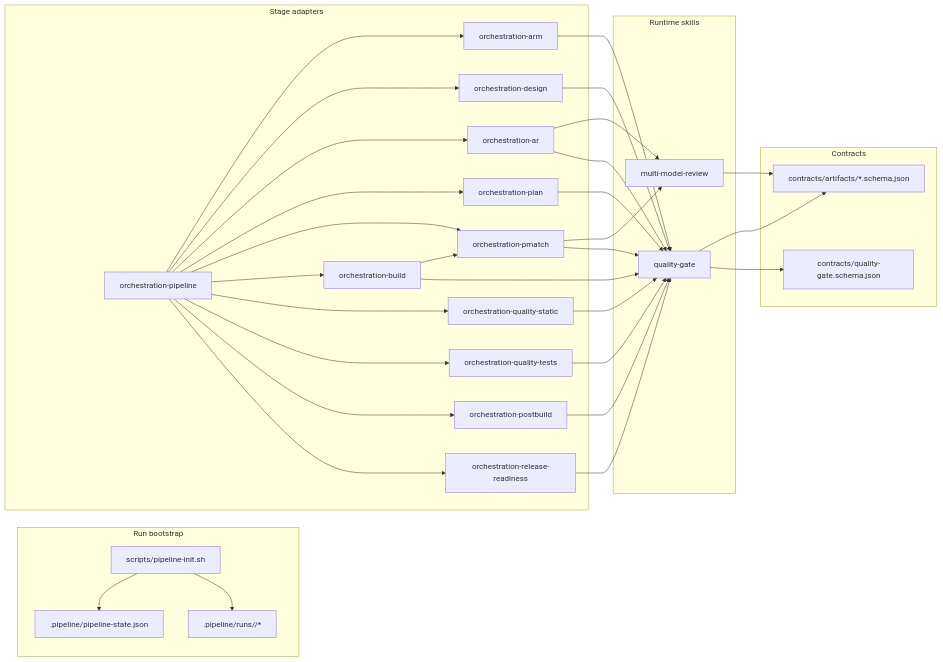
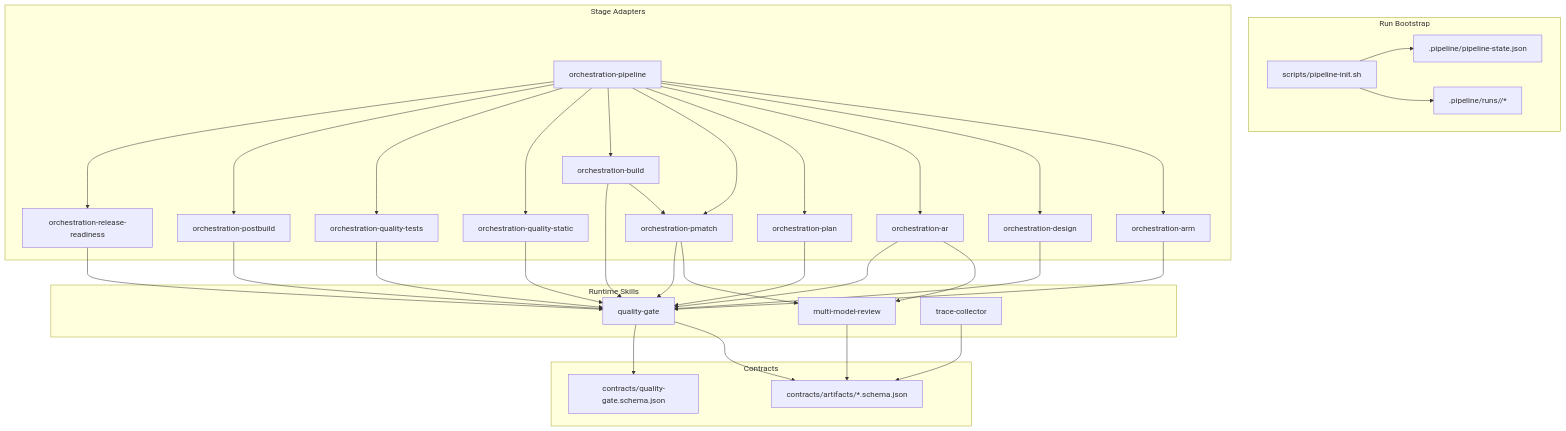
Before and after one commit to sebastianspicker/phased-agent-orchestration: the second of 2 diagrams in README.md, drawn with Mermaid. The commit also changed other lines of this file and 73 other files, not shown here.

Commit message:
implementing roadmap

````diff
--- a/README.md
+++ b/README.md
@@ -165,60 +167,62 @@
 ```mermaid
-flowchart LR
-  subgraph INIT["Run bootstrap"]
+flowchart TB
+  subgraph INIT["Run Bootstrap"]
     A["scripts/pipeline-init.sh"] --> B[".pipeline/pipeline-state.json"]
     A --> C[".pipeline/runs/<run-id>/*"]
   end
 
-  subgraph ADAPTERS["Stage adapters"]
+  subgraph ADAPTERS["Stage Adapters"]
     D["orchestration-arm"]
     E["orchestration-design"]
     F["orchestration-ar"]
     G["orchestration-plan"]
     H["orchestration-pmatch"]
     I["orchestration-build"]
     J["orchestration-quality-static"]
     K["orchestration-quality-tests"]
     L["orchestration-postbuild"]
     M["orchestration-release-readiness"]
     N["orchestration-pipeline"]
   end
 
-  subgraph RUNTIME["Runtime skills"]
+  subgraph RUNTIME["Runtime Skills"]
     O["quality-gate"]
     P["multi-model-review"]
+    T["trace-collector"]
   end
 
   subgraph CONTRACTS["Contracts"]
     Q["contracts/artifacts/*.schema.json"]
     R["contracts/quality-gate.schema.json"]
   end
 
   D --> O
   E --> O
   F --> P
   F --> O
   G --> O
   H --> P
   H --> O
   I --> H
   I --> O
   J --> O
   K --> O
   L --> O
   M --> O
 
   O --> Q
   O --> R
   P --> Q
+  T --> Q
 
   N --> D
   N --> E
   N --> F
   N --> G
   N --> H
   N --> I
   N --> J
   N --> K
   N --> L
   N --> M
 ```
````
